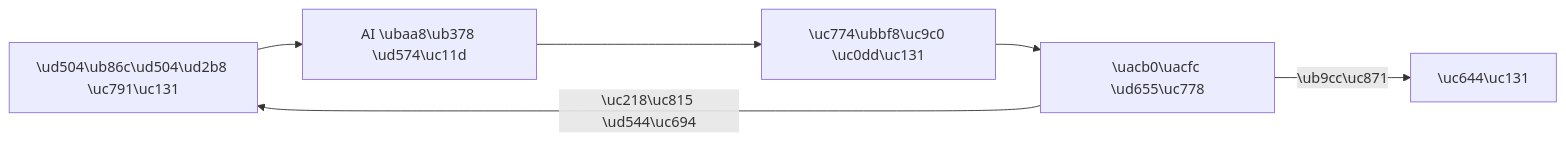
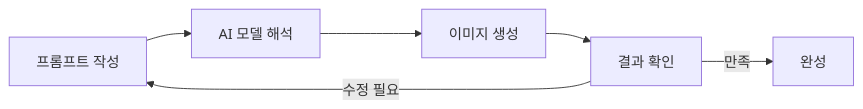
Before and after one commit to yeongseon-books/book-content: the diagram in content/ai-image-gen-101/ko/01-first-image-generation.md, drawn with Mermaid. The commit also changed other lines of this file and 20 other files, not shown here.

````diff
--- a/content/ai-image-gen-101/ko/01-first-image-generation.md
+++ b/content/ai-image-gen-101/ko/01-first-image-generation.md
@@ -30,8 +31,8 @@
 ```mermaid
 flowchart LR
-    A["\ud504\ub86c\ud504\ud2b8 \uc791\uc131"] --> B["AI \ubaa8\ub378 \ud574\uc11d"]
-    B --> C["\uc774\ubbf8\uc9c0 \uc0dd\uc131"]
-    C --> D["\uacb0\uacfc \ud655\uc778"]
-    D -->|"\ub9cc\uc871"| E["\uc644\uc131"]
-    D -->|"\uc218\uc815 \ud544\uc694"| A
+    A["프롬프트 작성"] --> B["AI 모델 해석"]
+    B --> C["이미지 생성"]
+    C --> D["결과 확인"]
+    D -->|"만족"| E["완성"]
+    D -->|"수정 필요"| A
 ```
````
